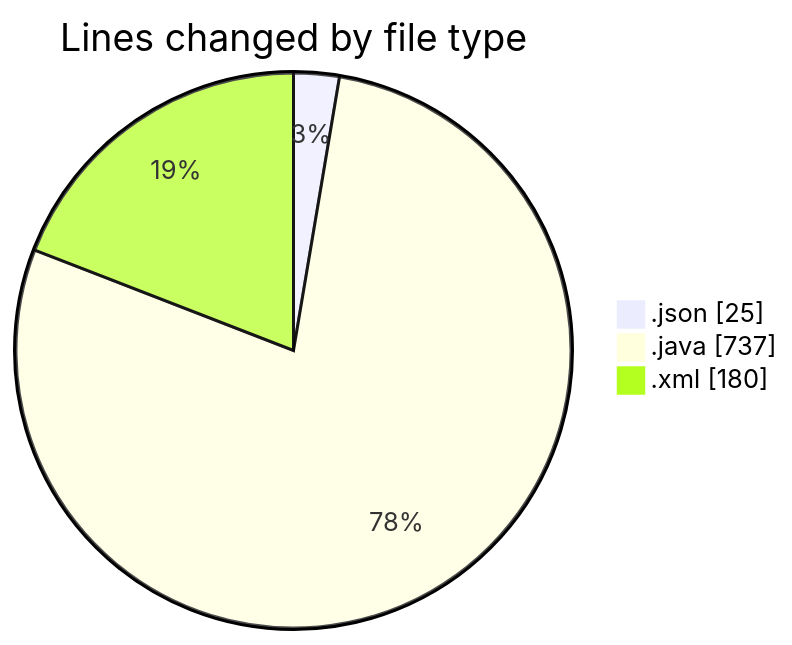
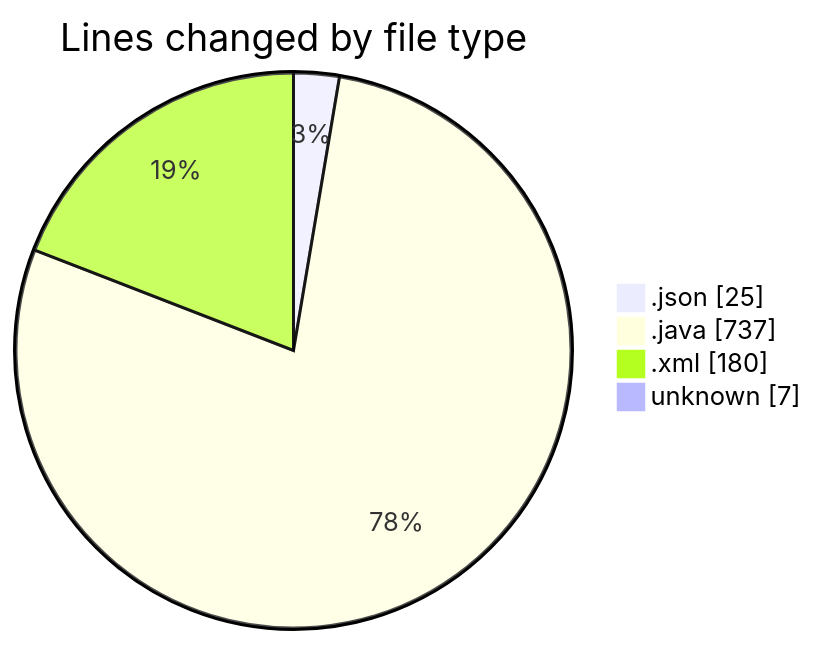
The first of 2 diagrams in 2025-02-23/codepack/README.md (charlie-sans/code-tracking), drawn with Mermaid before and after one commit. The commit also changed other lines of this file and 1 other file, not shown here.

````diff
--- a/2025-02-23/codepack/README.md
+++ b/2025-02-23/codepack/README.md
@@ -25,7 +26,8 @@
 ```mermaid
 pie showData
 title Lines changed by file type
 ".json" : 25
 ".java" : 737
 ".xml" : 180
+"unknown" : 7
 ```
````
